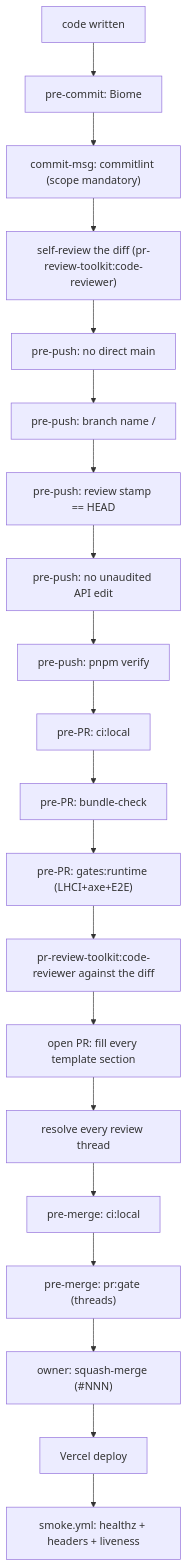
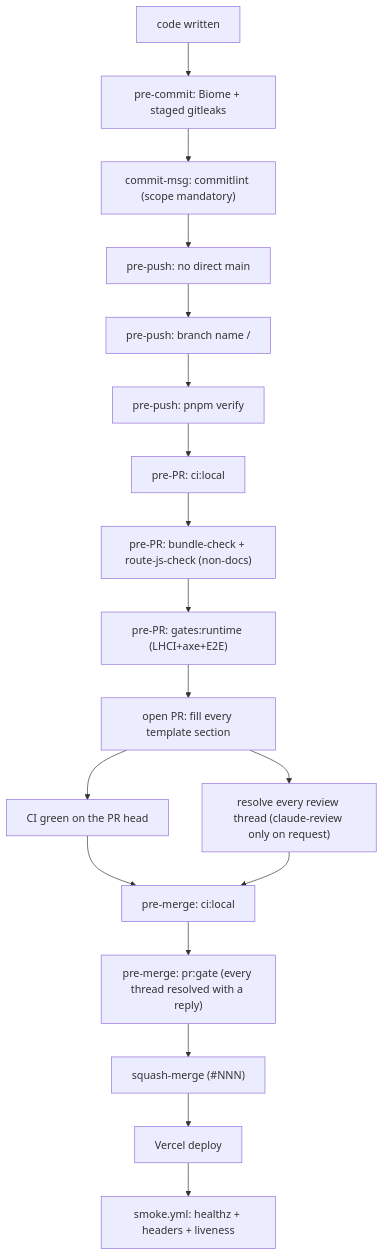
Before and after one commit to erikunha/portfolio: the first of 2 diagrams in docs/handbook/review-merge-release.md, drawn with Mermaid. The commit also changed other lines of this file and 1307 other files, not shown here.

````diff
--- a/docs/handbook/review-merge-release.md
+++ b/docs/handbook/review-merge-release.md
@@ -7,22 +7,20 @@
 ```mermaid
 flowchart TD
-    write["code written"] --> c1["pre-commit: Biome"]
+    write["code written"] --> c1["pre-commit: Biome + staged gitleaks"]
     c1 --> c2["commit-msg: commitlint (scope mandatory)"]
-    c2 --> battery["self-review the diff (pr-review-toolkit:code-reviewer)"]
-    battery --> p1["pre-push: no direct main"]
+    c2 --> p1["pre-push: no direct main"]
     p1 --> p2["pre-push: branch name <type>/<desc>"]
-    p2 --> p3["pre-push: review stamp == HEAD"]
-    p3 --> p4["pre-push: no unaudited API edit"]
-    p4 --> p5["pre-push: pnpm verify"]
+    p2 --> p5["pre-push: pnpm verify"]
     p5 --> r1["pre-PR: ci:local"]
-    r1 --> r2["pre-PR: bundle-check"]
+    r1 --> r2["pre-PR: bundle-check + route-js-check (non-docs)"]
     r2 --> r4["pre-PR: gates:runtime (LHCI+axe+E2E)"]
-    r4 --> r5["pr-review-toolkit:code-reviewer against the diff"]
-    r5 --> o1["open PR: fill every template section"]
-    o1 --> o2["resolve every review thread"]
-    o2 --> m1["pre-merge: ci:local"]
-    m1 --> m4["pre-merge: pr:gate (threads)"]
-    m4 --> merge["owner: squash-merge (#NNN)"]
+    r4 --> o1["open PR: fill every template section"]
+    o1 --> o1b["CI green on the PR head"]
+    o1 --> o2["resolve every review thread (claude-review only on request)"]
+    o1b --> m1["pre-merge: ci:local"]
+    o2 --> m1
+    m1 --> m4["pre-merge: pr:gate (every thread resolved with a reply)"]
+    m4 --> merge["squash-merge (#NNN)"]
     merge --> deploy["Vercel deploy"]
     deploy --> smoke["smoke.yml: healthz + headers + liveness"]
 ```
````
